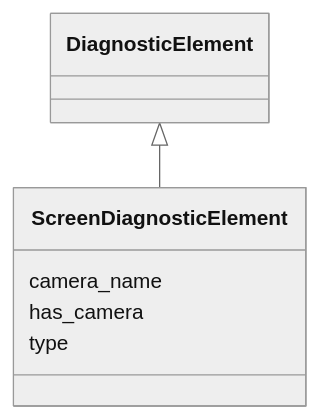
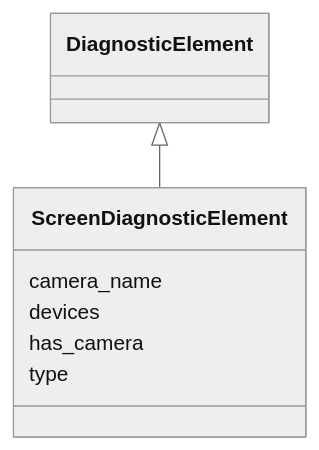
One commit to astec-stfc/laura changed the diagram in docs/source/schema/ScreenDiagnosticElement.md. Above: the diagram before and after it, drawn with Mermaid (neutral theme). The commit also changed other lines of this file and 127 other files, not shown here.

````diff
--- a/docs/source/schema/ScreenDiagnosticElement.md
+++ b/docs/source/schema/ScreenDiagnosticElement.md
@@ -23,15 +23,17 @@
 ```mermaid
  classDiagram
     class ScreenDiagnosticElement
     click ScreenDiagnosticElement href "../ScreenDiagnosticElement/"
       DiagnosticElement <|-- ScreenDiagnosticElement
         click DiagnosticElement href "../DiagnosticElement/"
       
       ScreenDiagnosticElement : camera_name
         
+      ScreenDiagnosticElement : devices
+        
       ScreenDiagnosticElement : has_camera
         
       ScreenDiagnosticElement : type
         
       
 ```
````
